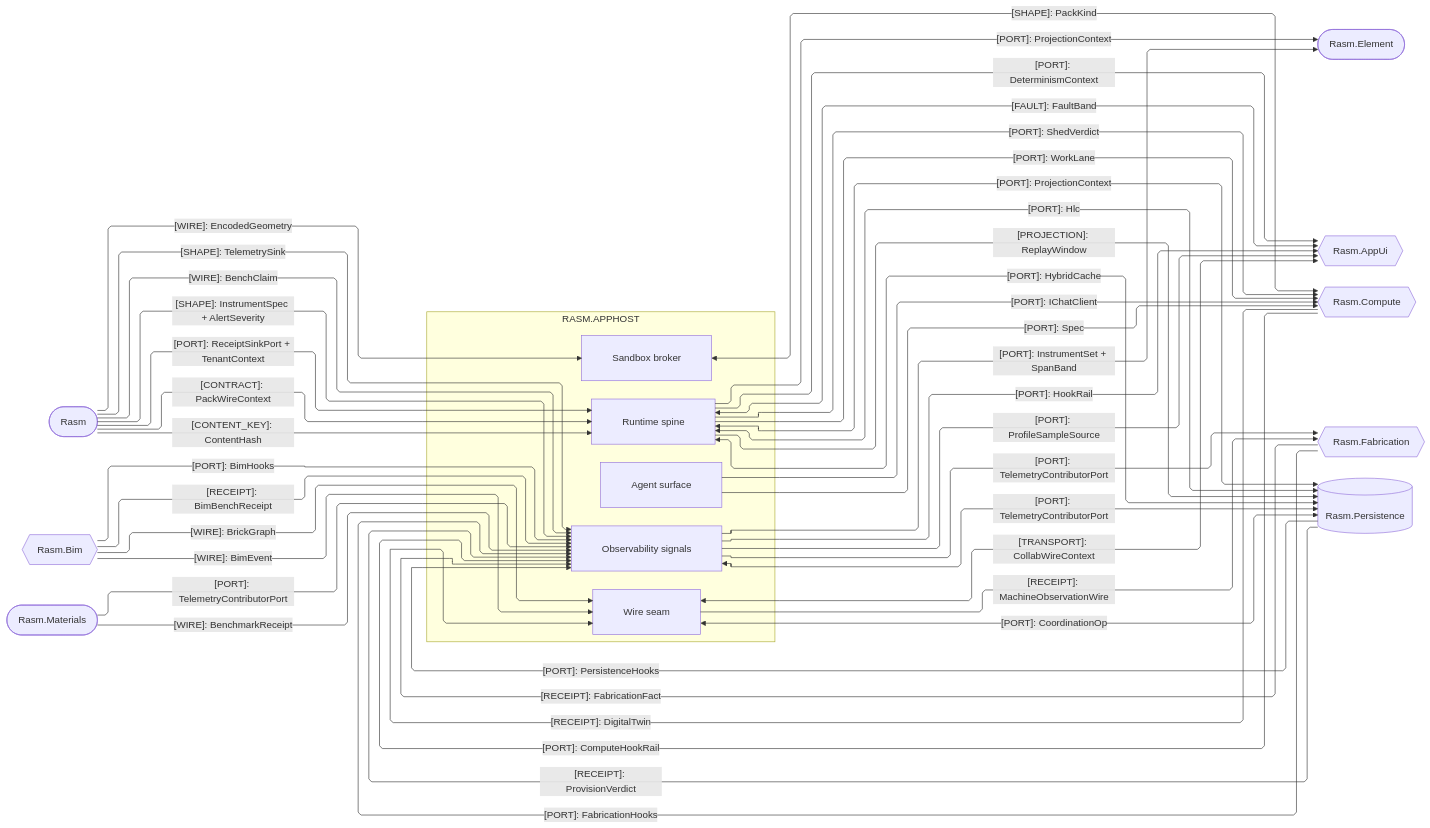
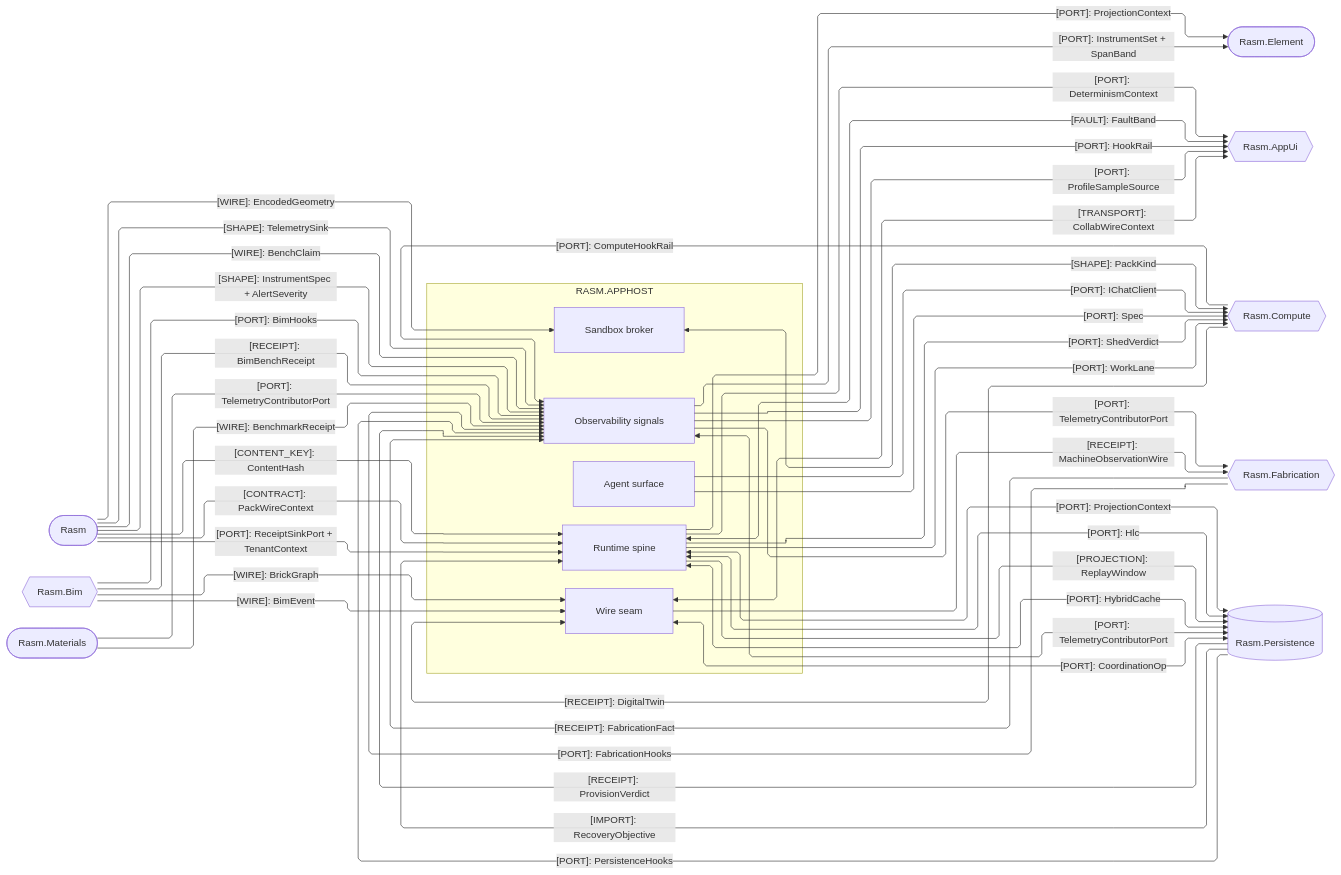
The third of 4 diagrams in libs/csharp/Rasm.AppHost/ARCHITECTURE.md (bsamiee/Rasm), drawn with Mermaid before and after one commit. The commit also changed other lines of this file and 400 other files, not shown here.

````diff
--- a/libs/csharp/Rasm.AppHost/ARCHITECTURE.md
+++ b/libs/csharp/Rasm.AppHost/ARCHITECTURE.md
@@ -151,66 +151,67 @@
 ```mermaid
 ---
 config:
   layout: elk
   flowchart:
     curve: linear
     padding: 25
 ---
 flowchart LR
     accTitle: AppHost C# platform seams
-    accDescr: AppHost sub-domain owners exchanging ports, shapes, wires, contracts, receipts, content keys, projections, transports, and faults with every C# peer, one edge per kind.
+    accDescr: AppHost sub-domain owners exchanging ports, shapes, wires, contracts, receipts, content keys, projections, transports, faults, and one imported type with every C# peer, one edge per kind.
     subgraph apphost[RASM.APPHOST]
         Runtime[Runtime spine]
         Agent[Agent surface]
         Wire[Wire seam]
         Sandbox[Sandbox broker]
         Observability[Observability signals]
     end
     Kernel([Rasm])
     Bim{{Rasm.Bim}}
     Element([Rasm.Element])
     Materials([Rasm.Materials])
     AppUi{{Rasm.AppUi}}
     Compute{{Rasm.Compute}}
     Fabrication{{Rasm.Fabrication}}
     Persistence[(Rasm.Persistence)]
     Kernel -->|"[WIRE]: EncodedGeometry"| Sandbox
     Kernel e23@-->|"[SHAPE]: TelemetrySink"| Observability
     Kernel e24@-->|"[WIRE]: BenchClaim"| Observability
     Kernel e40@-->|"[SHAPE]: InstrumentSpec + AlertSeverity"| Observability
     Kernel e30@-->|"[CONTENT_KEY]: ContentHash"| Runtime
     Kernel e42@-->|"[CONTRACT]: PackWireContext"| Runtime
     Kernel e41@-->|"[PORT]: ReceiptSinkPort + TenantContext"| Runtime
     Bim e25@-->|"[PORT]: BimHooks"| Observability
     Bim e26@-->|"[RECEIPT]: BimBenchReceipt"| Observability
     Bim e39@-->|"[WIRE]: BimEvent"| Wire
     Bim e43@-->|"[WIRE]: BrickGraph"| Wire
     Runtime e3@-->|"[PORT]: ProjectionContext"| Element
     Observability e31@-->|"[PORT]: InstrumentSet + SpanBand"| Element
     Materials e32@-->|"[PORT]: TelemetryContributorPort"| Observability
     Materials e33@-->|"[WIRE]: BenchmarkReceipt"| Observability
     Runtime -->|"[PORT]: DeterminismContext"| AppUi
     Runtime e6@<-->|"[PORT]: ProjectionContext"| Persistence
     Wire e8@<-->|"[PORT]: CoordinationOp"| Persistence
     Runtime e15@<-->|"[PORT]: Hlc"| Persistence
+    Persistence e44@-->|"[IMPORT]: RecoveryObjective"| Runtime
     Runtime e16@-->|"[PROJECTION]: ReplayWindow"| Persistence
     Runtime e17@<-->|"[PORT]: HybridCache"| Persistence
     Persistence e18@-->|"[RECEIPT]: ProvisionVerdict"| Observability
     Observability e14@<-->|"[PORT]: TelemetryContributorPort"| Persistence
     Persistence e34@-->|"[PORT]: PersistenceHooks"| Observability
     Observability e19@-->|"[PORT]: HookRail"| AppUi
     Runtime e20@<-->|"[FAULT]: FaultBand"| AppUi
     Observability e27@-->|"[PORT]: ProfileSampleSource"| AppUi
     Fabrication e21@-->|"[RECEIPT]: FabricationFact"| Observability
     Fabrication e35@-->|"[PORT]: FabricationHooks"| Observability
     Observability e22@-->|"[PORT]: TelemetryContributorPort"| Fabrication
     Wire e28@-->|"[RECEIPT]: MachineObservationWire"| Fabrication
     Runtime -->|"[PORT]: ShedVerdict"| Compute
     Runtime e36@-->|"[PORT]: WorkLane"| Compute
     Agent -->|"[PORT]: IChatClient"| Compute
     Agent -->|"[PORT]: Spec"| Compute
     Compute e37@-->|"[PORT]: ComputeHookRail"| Observability
     Compute e38@-->|"[RECEIPT]: DigitalTwin"| Wire
     Wire e29@<-->|"[TRANSPORT]: CollabWireContext"| AppUi
     Sandbox <-->|"[SHAPE]: PackKind"| Compute
 ```
````
